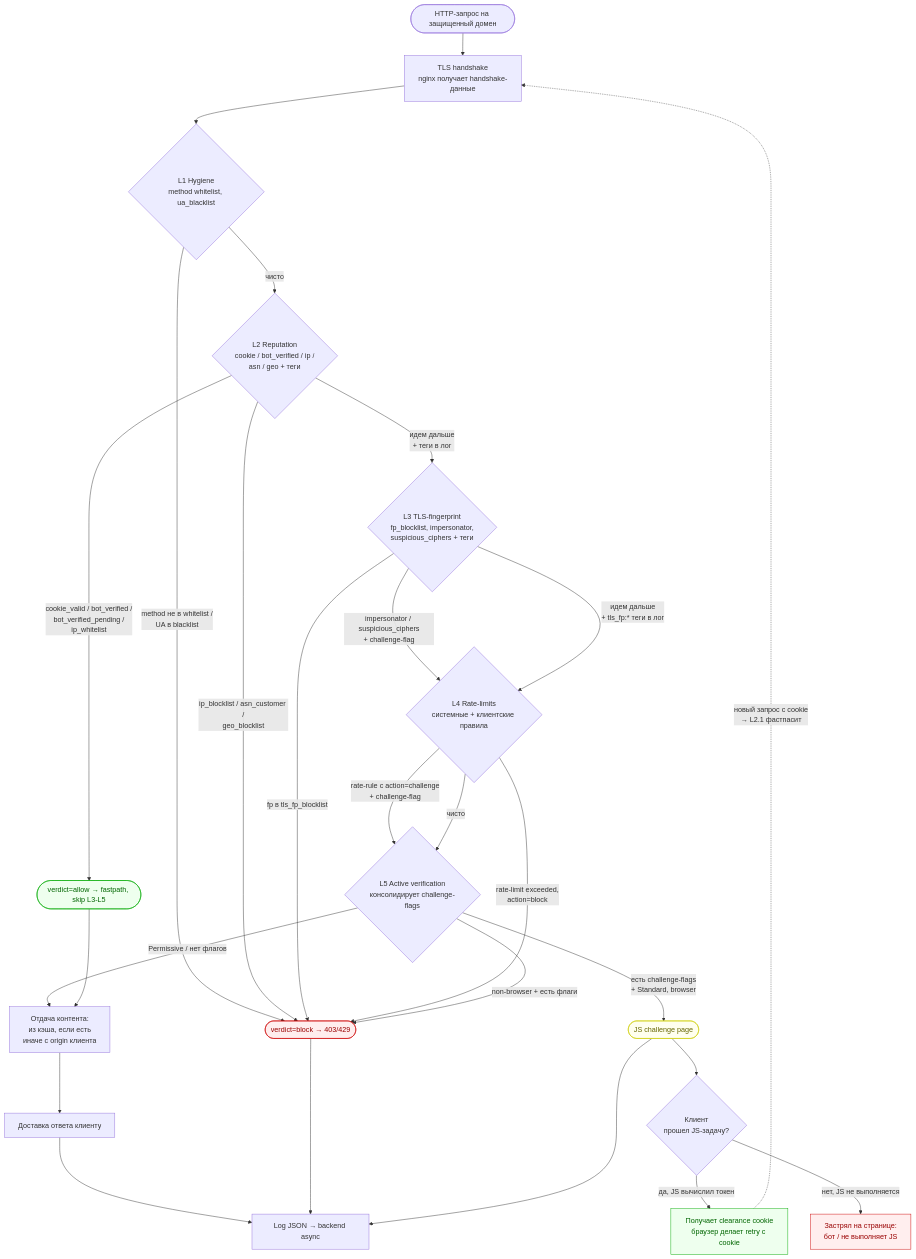
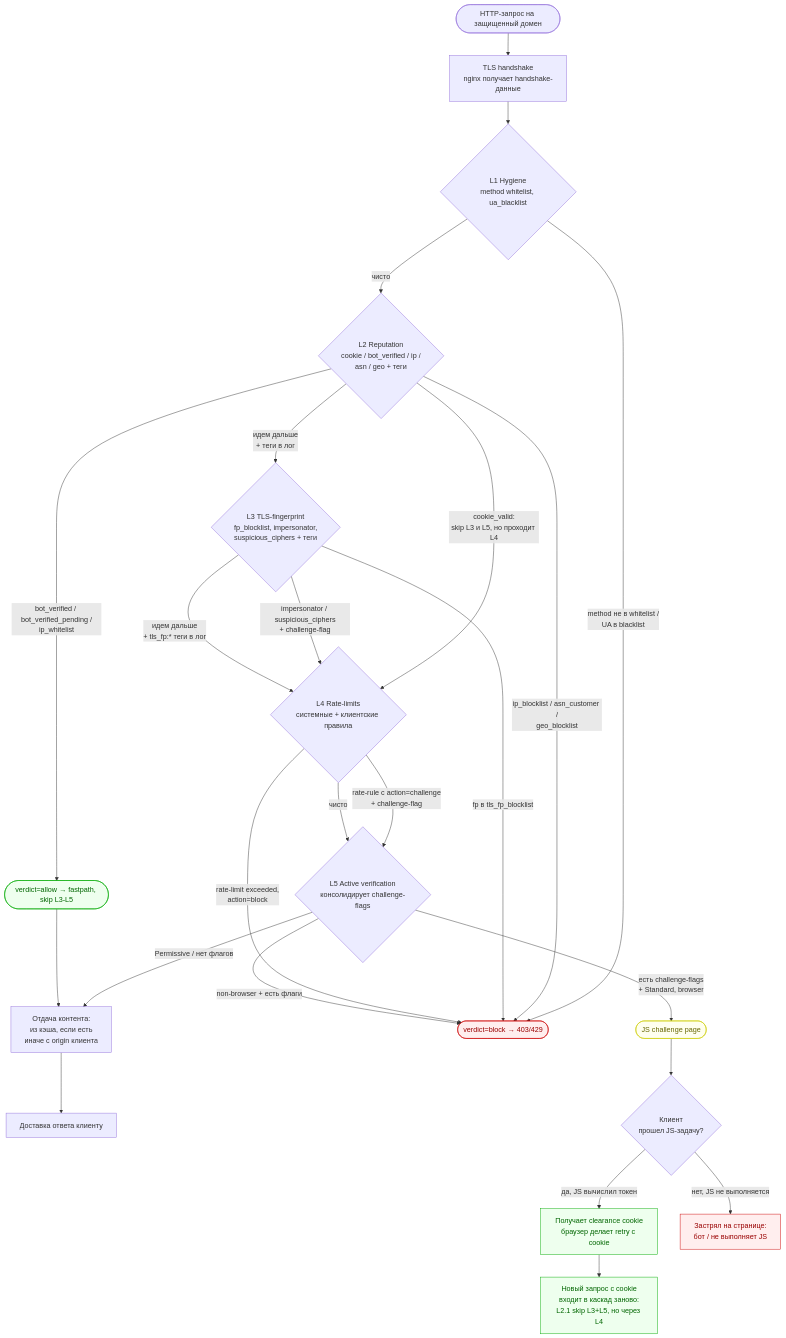
One commit to tabularasa31/bot-abuse-controls changed the first of 5 diagrams in docs/product/cascade-diagrams.md. Above: the diagram before and after it, drawn with Mermaid. The commit also changed other lines of this file and 6 other files, not shown here.

````diff
--- a/docs/product/cascade-diagrams.md
+++ b/docs/product/cascade-diagrams.md
@@ -13,59 +13,61 @@
 ```mermaid
 flowchart TD
     Start([HTTP-запрос на защищенный домен])
     TLS[TLS handshake<br/>nginx получает handshake-данные]
     L1{L1 Hygiene<br/>method whitelist, ua_blacklist}
     L2{L2 Reputation<br/>cookie / bot_verified / ip /<br/>asn / geo + теги}
     L3{L3 TLS-fingerprint<br/>fp_blocklist, impersonator,<br/>suspicious_ciphers + теги}
     L4{L4 Rate-limits<br/>системные + клиентские правила}
     L5{L5 Active verification<br/>консолидирует challenge-flags}
     Cache[Отдача контента:<br/>из кэша, если есть<br/>иначе с origin клиента]
     Response[Доставка ответа клиенту]
-    Log[Log JSON → backend async]
 
     Block([verdict=block → 403/429])
     Allow([verdict=allow → fastpath, skip L3-L5])
     Challenge([JS challenge page])
     ChOutcome{Клиент<br/>прошел JS-задачу?}
     GetCookie[Получает clearance cookie<br/>браузер делает retry с cookie]
     Stuck[Застрял на странице:<br/>бот / не выполняет JS]
+    Retry[Новый запрос с cookie<br/>входит в каскад заново:<br/>L2.1 skip L3+L5, но через L4]
 
     Start --> TLS
     TLS --> L1
     L1 -->|method не в whitelist /<br/>UA в blacklist| Block
     L1 -->|чисто| L2
-    L2 -->|cookie_valid / bot_verified /<br/>bot_verified_pending /<br/>ip_whitelist| Allow
+    L2 -->|bot_verified / bot_verified_pending /<br/>ip_whitelist| Allow
+    L2 -->|cookie_valid:<br/>skip L3 и L5, но проходит L4| L4
+    L2 -->|идем дальше<br/>+ теги в лог| L3
     L2 -->|ip_blocklist / asn_customer /<br/>geo_blocklist| Block
-    L2 -->|идем дальше<br/>+ теги в лог| L3
     L3 -->|fp в tls_fp_blocklist| Block
     L3 -->|impersonator / suspicious_ciphers<br/>+ challenge-flag| L4
     L3 -->|идем дальше<br/>+ tls_fp:* теги в лог| L4
     L4 -->|rate-limit exceeded,<br/>action=block| Block
     L4 -->|rate-rule с action=challenge<br/>+ challenge-flag| L5
     L4 -->|чисто| L5
     L5 -->|есть challenge-flags<br/>+ Standard, browser| Challenge
     L5 -->|Permissive / нет флагов| Cache
     L5 -->|non-browser + есть флаги| Block
 
     Challenge --> ChOutcome
     ChOutcome -->|да, JS вычислил токен| GetCookie
     ChOutcome -->|нет, JS не выполняется| Stuck
-    GetCookie -.->|новый запрос с cookie<br/>→ L2.1 фастпасит| TLS
+    GetCookie --> Retry
+    %% cookie_valid не дает полного фастпаса: L3 и L5 пропускаются, но L4 (rate-limits) применяется.
+    %% Полный skip L3-L5 (нода Allow) — только у bot_verified / bot_verified_pending / ip_whitelist.
 
     Allow --> Cache
     Cache --> Response
-    Response --> Log
-    Block --> Log
-    Challenge --> Log
+    %% Логирование здесь не рисуем: каждый терминальный исход (Response / Block / Challenge)
+    %% пишет ровно одну запись лога — см. диаграмму #4 «Data flow в лог».
     %% Stuck отдельно НЕ логируется: исходный запрос уже залогирован как verdict=challenge.
-    %% Второго запроса нет, никакого "stuck event" каскад не эмитит.
 
     classDef terminalBlock fill:#fee,stroke:#c00,color:#900
     classDef terminalAllow fill:#efe,stroke:#0a0,color:#060
     classDef terminalChallenge fill:#ffe,stroke:#cc0,color:#660
     class Block terminalBlock
     class Stuck terminalBlock
     class Allow terminalAllow
     class GetCookie terminalAllow
+    class Retry terminalAllow
     class Challenge terminalChallenge
 ```
````
